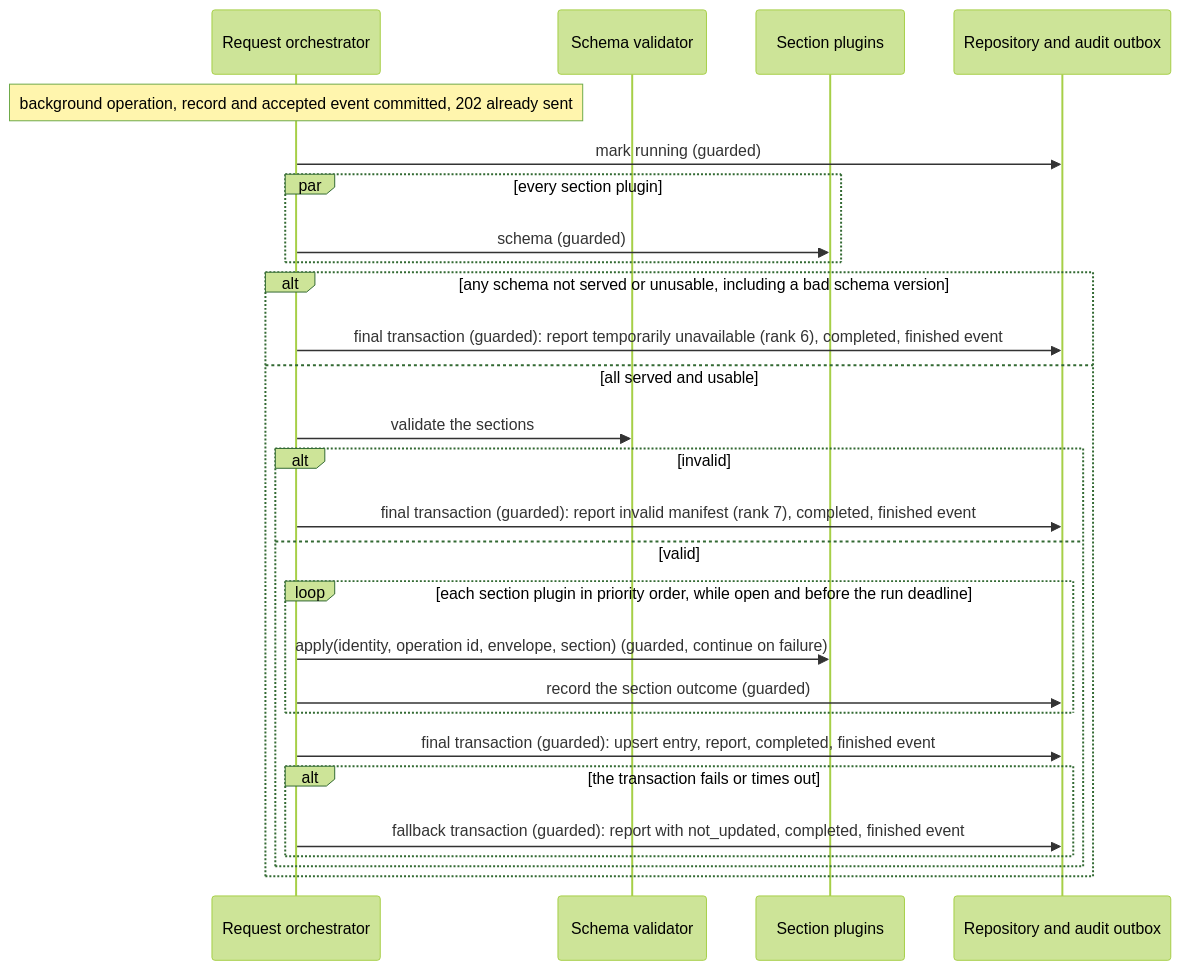
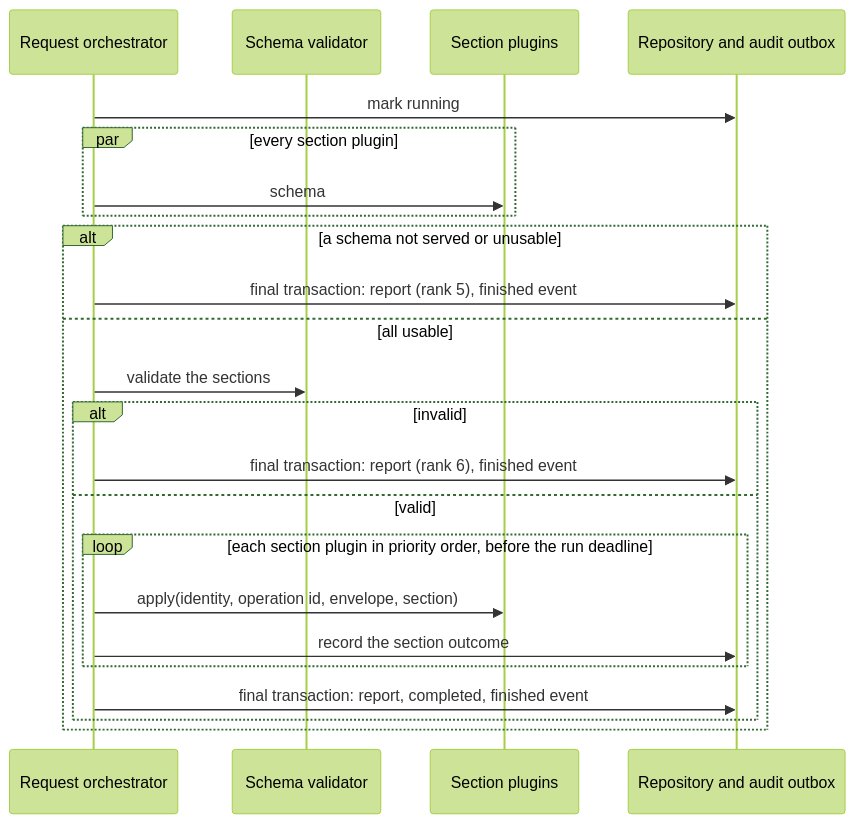
Before and after one commit to constructorfabric/gears-rust: the fifth of 7 diagrams in gears/system/application-manager/docs/DESIGN.md, drawn with Mermaid (forest theme). The commit also changed other lines of this file and 8 other files, not shown here.

````diff
--- a/gears/system/application-manager/docs/DESIGN.md
+++ b/gears/system/application-manager/docs/DESIGN.md
@@ -1208,29 +742,25 @@
 ```mermaid
 sequenceDiagram
     participant O as Request orchestrator
     participant V as Schema validator
     participant P as Section plugins
     participant R as Repository and audit outbox
-    Note over O: background operation, record and accepted event committed, 202 already sent
-    O ->> R: mark running (guarded)
+    O ->> R: mark running
     par every section plugin
-        O ->> P: schema (guarded)
+        O ->> P: schema
     end
-    alt any schema not served or unusable, including a bad schema version
-        O ->> R: final transaction (guarded): report temporarily unavailable (rank 6), completed, finished event
-    else all served and usable
+    alt a schema not served or unusable
+        O ->> R: final transaction: report (rank 5), finished event
+    else all usable
         O ->> V: validate the sections
         alt invalid
-            O ->> R: final transaction (guarded): report invalid manifest (rank 7), completed, finished event
+            O ->> R: final transaction: report (rank 6), finished event
         else valid
-            loop each section plugin in priority order, while open and before the run deadline
-                O ->> P: apply(identity, operation id, envelope, section) (guarded, continue on failure)
-                O ->> R: record the section outcome (guarded)
+            loop each section plugin in priority order, before the run deadline
+                O ->> P: apply(identity, operation id, envelope, section)
+                O ->> R: record the section outcome
             end
-            O ->> R: final transaction (guarded): upsert entry, report, completed, finished event
-            alt the transaction fails or times out
-                O ->> R: fallback transaction (guarded): report with not_updated, completed, finished event
-            end
+            O ->> R: final transaction: report, completed, finished event
         end
     end
 ```
````
